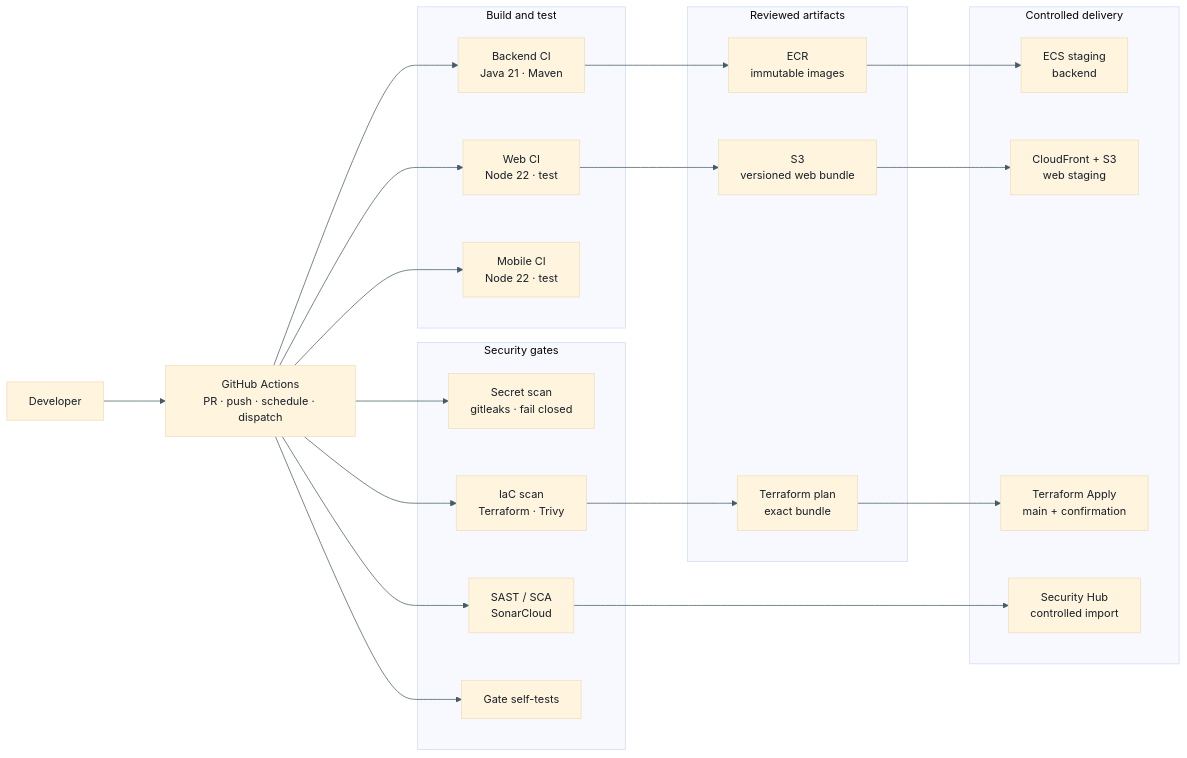
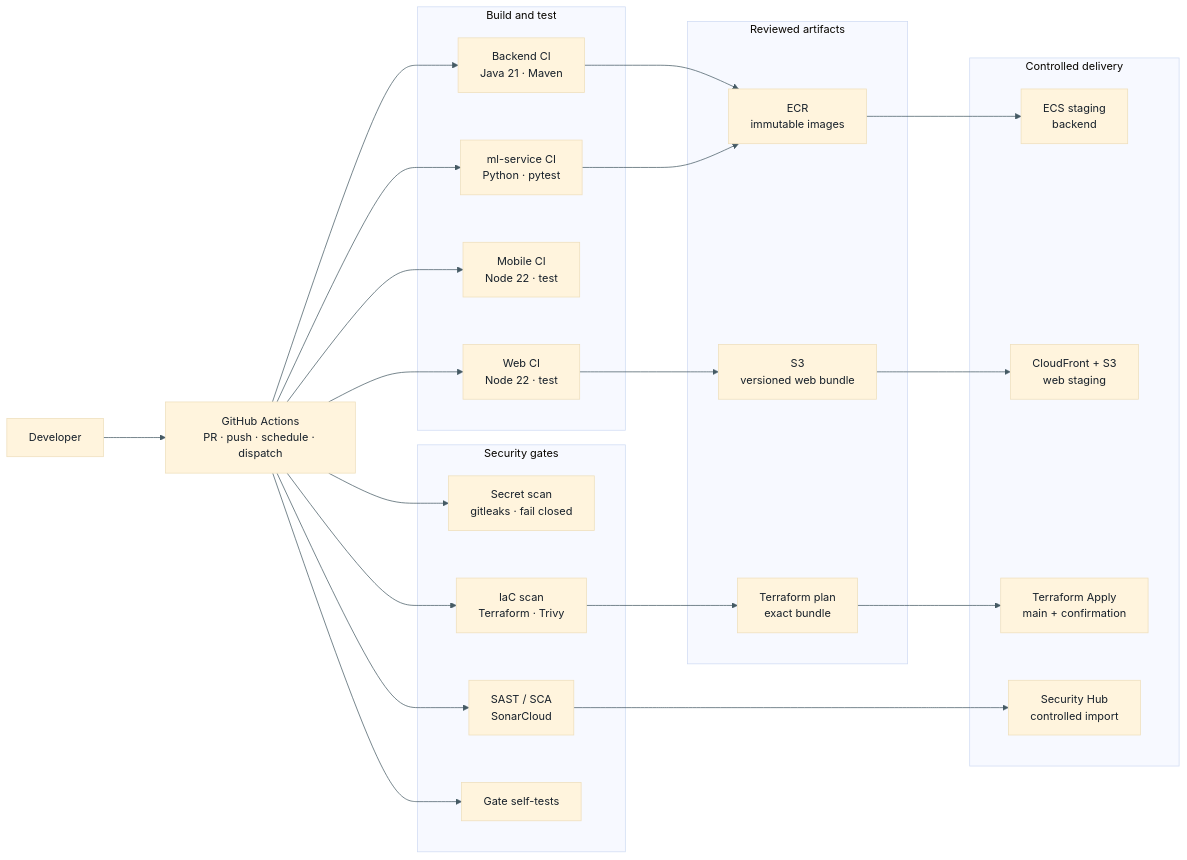
One commit to zctiong-iss/crewsafe changed the third of 3 diagrams in docs/architecture/terraform-architecture.md. Above: the diagram before and after it, drawn with Mermaid. The commit also changed other lines of this file and 3 other files, not shown here.

Commit message:
feat(SCRUM-373): integrate ml-service as a sidecar in backend ECS task and update architecture documentation

````diff
--- a/docs/architecture/terraform-architecture.md
+++ b/docs/architecture/terraform-architecture.md
@@ -203,60 +224,63 @@
 ```mermaid
 %%{init: {
   "theme": "base",
   "themeVariables": {
     "fontFamily": "Arial, sans-serif",
     "fontSize": "15px",
     "primaryTextColor": "#17202a",
     "lineColor": "#455a64",
     "edgeLabelBackground": "#ffffff"
   },
   "flowchart": {
     "nodeSpacing": 65,
     "rankSpacing": 85,
     "htmlLabels": true,
     "useMaxWidth": false
   }
 }}%%
 flowchart LR
   dev[Developer]
   actions[GitHub Actions<br/>PR · push · schedule · dispatch]
 
   subgraph build[Build and test]
     backend[Backend CI<br/>Java 21 · Maven]
     web[Web CI<br/>Node 22 · test]
     mobile[Mobile CI<br/>Node 22 · test]
+    mlservice[ml-service CI<br/>Python · pytest]
   end
 
   subgraph security[Security gates]
     secrets[Secret scan<br/>gitleaks · fail closed]
     sast[SAST / SCA<br/>SonarCloud]
     iac[IaC scan<br/>Terraform · Trivy]
     selftests[Gate self-tests]
   end
 
   subgraph artifacts[Reviewed artifacts]
     ecr[ECR<br/>immutable images]
     s3[S3<br/>versioned web bundle]
     plan[Terraform plan<br/>exact bundle]
   end
 
   subgraph delivery[Controlled delivery]
     ecs[ECS staging<br/>backend]
     webstg[CloudFront + S3<br/>web staging]
     apply[Terraform Apply<br/>main + confirmation]
     hub[Security Hub<br/>controlled import]
   end
 
   dev --> actions
   actions --> backend
   actions --> web
   actions --> mobile
+  actions --> mlservice
   actions --> secrets
   actions --> sast
   actions --> iac
   actions --> selftests
   backend --> ecr --> ecs
+  mlservice --> ecr
   web --> s3 --> webstg
   iac --> plan --> apply
   sast --> hub
 ```
````
